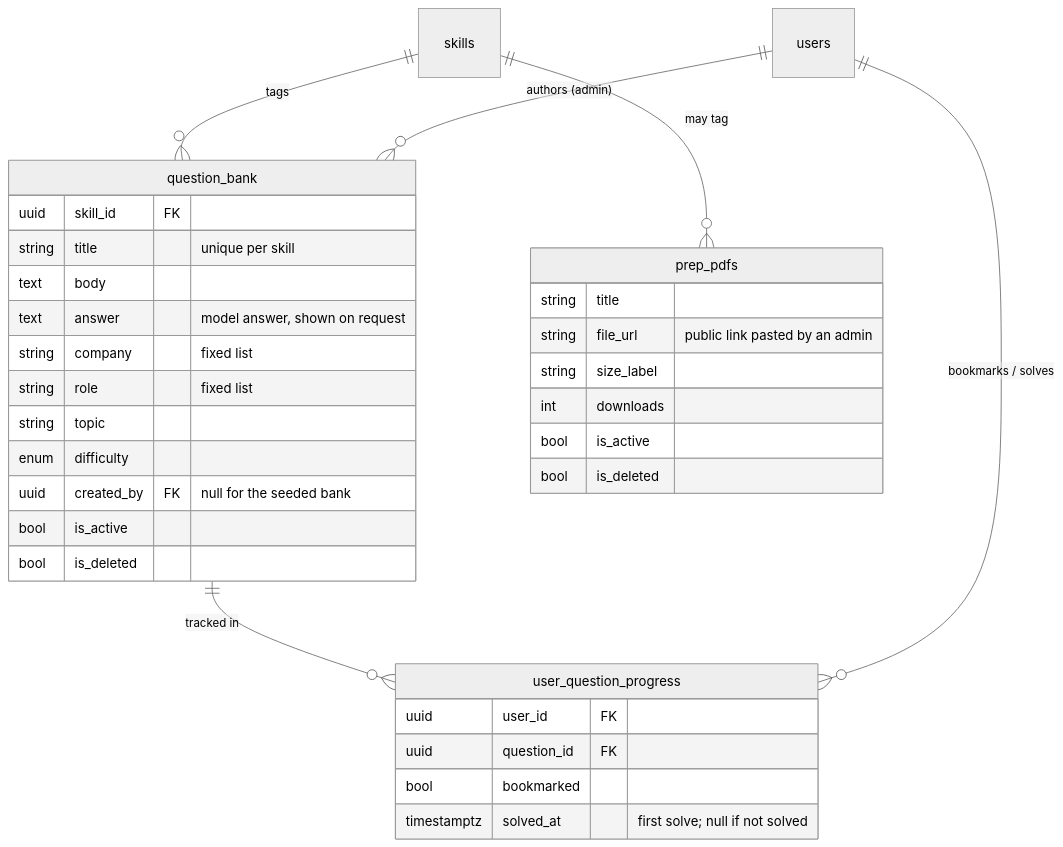
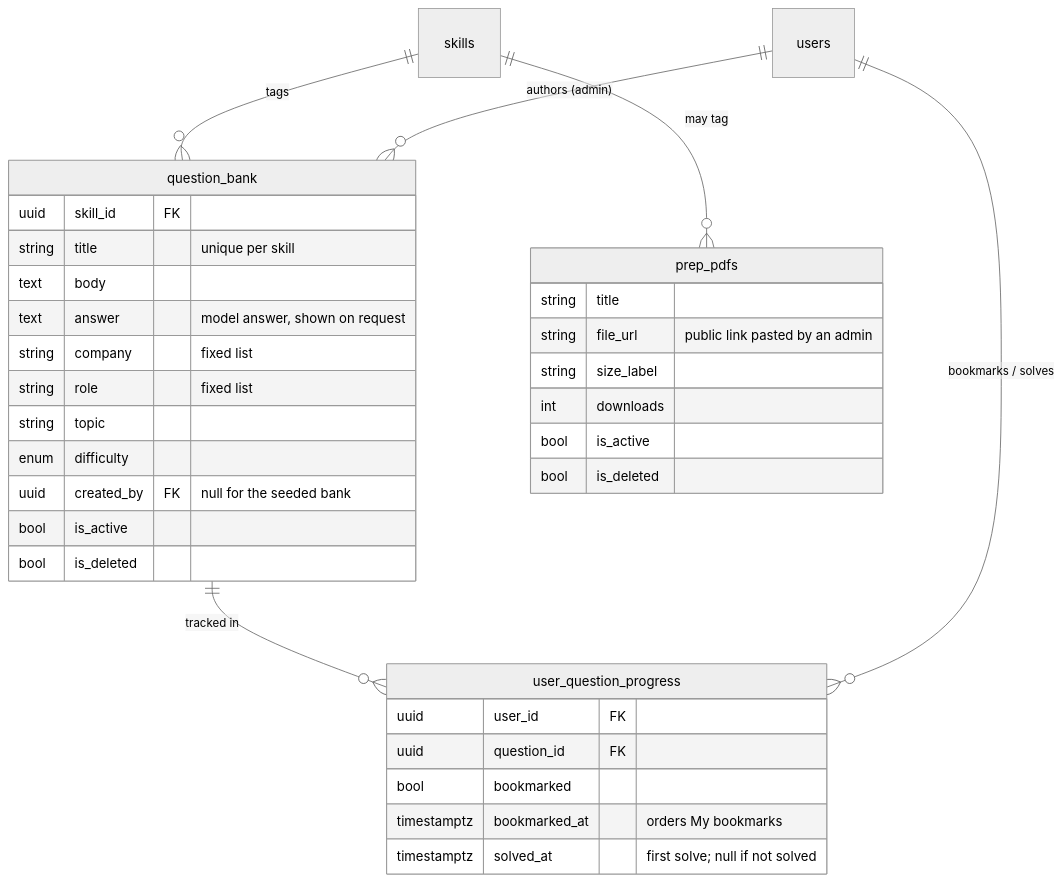
One commit to prepsuccess/PrepSuccess changed the second of 2 diagrams in docs/DATA_MODEL.md. Above: the diagram before and after it, drawn with Mermaid (neutral theme). The commit also changed other lines of this file and 120 other files, not shown here.

````diff
--- a/docs/DATA_MODEL.md
+++ b/docs/DATA_MODEL.md
@@ -150,36 +165,37 @@
 ```mermaid
 erDiagram
     skills ||--o{ question_bank : "tags"
     users ||--o{ question_bank : "authors (admin)"
     question_bank ||--o{ user_question_progress : "tracked in"
     users ||--o{ user_question_progress : "bookmarks / solves"
     skills ||--o{ prep_pdfs : "may tag"
 
     question_bank {
         uuid skill_id FK
         string title "unique per skill"
         text body
         text answer "model answer, shown on request"
         string company "fixed list"
         string role "fixed list"
         string topic
         enum difficulty
         uuid created_by FK "null for the seeded bank"
         bool is_active
         bool is_deleted
     }
     user_question_progress {
         uuid user_id FK
         uuid question_id FK
         bool bookmarked
+        timestamptz bookmarked_at "orders My bookmarks"
         timestamptz solved_at "first solve; null if not solved"
     }
     prep_pdfs {
         string title
         string file_url "public link pasted by an admin"
         string size_label
         int downloads
         bool is_active
         bool is_deleted
     }
 ```
````
